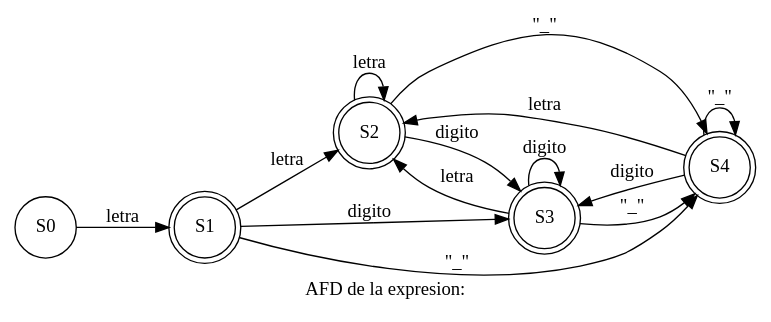
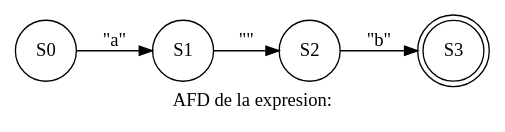
Before and after one commit to elimazariegosr/OLC1_Proyecto1_201709426: the diagram in OLC_Proyecto1_201709426/bin/Debug/afd_er1.dot, drawn with Graphviz. The commit also changed 15 other files, not shown here.

```diff
--- a/OLC_Proyecto1_201709426/bin/Debug/afd_er1.dot
+++ b/OLC_Proyecto1_201709426/bin/Debug/afd_er1.dot
@@ -1,24 +1,14 @@
 digraph dot{
 rankdir=LR;
  node[shape="circle"];
 label = "AFD de la expresion:";
 S0[label = "S0"];
-S0->S1[label="letra"];
-S1[shape = "doublecircle"];S1[label = "S1"];
-S1->S2[label="letra"];
-S2[shape = "doublecircle"];S1->S3[label="digito"];
-S3[shape = "doublecircle"];S1->S4[label="\"_\""];
-S4[shape = "doublecircle"];S2[label = "S2"];
-S2->S2[label="letra"];
-S2[shape = "doublecircle"];S2->S3[label="digito"];
-S3[shape = "doublecircle"];S2->S4[label="\"_\""];
-S4[shape = "doublecircle"];S3[label = "S3"];
-S3->S2[label="letra"];
-S2[shape = "doublecircle"];S3->S3[label="digito"];
-S3[shape = "doublecircle"];S3->S4[label="\"_\""];
-S4[shape = "doublecircle"];S4[label = "S4"];
-S4->S2[label="letra"];
-S2[shape = "doublecircle"];S4->S3[label="digito"];
-S3[shape = "doublecircle"];S4->S4[label="\"_\""];
-S4[shape = "doublecircle"];
+S0->S1[label="\"a\""];
+S1[label = "S1"];
+S1->S2[label="\"
+\""];
+S2[label = "S2"];
+S2->S3[label="\"b\""];
+S3[shape = "doublecircle"];S3[label = "S3"];
+
 }
```
